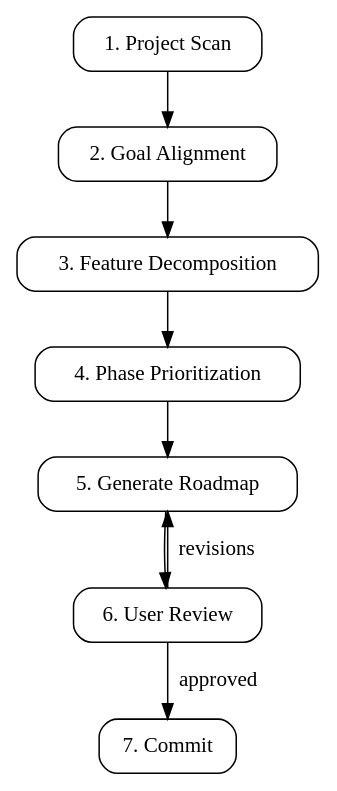
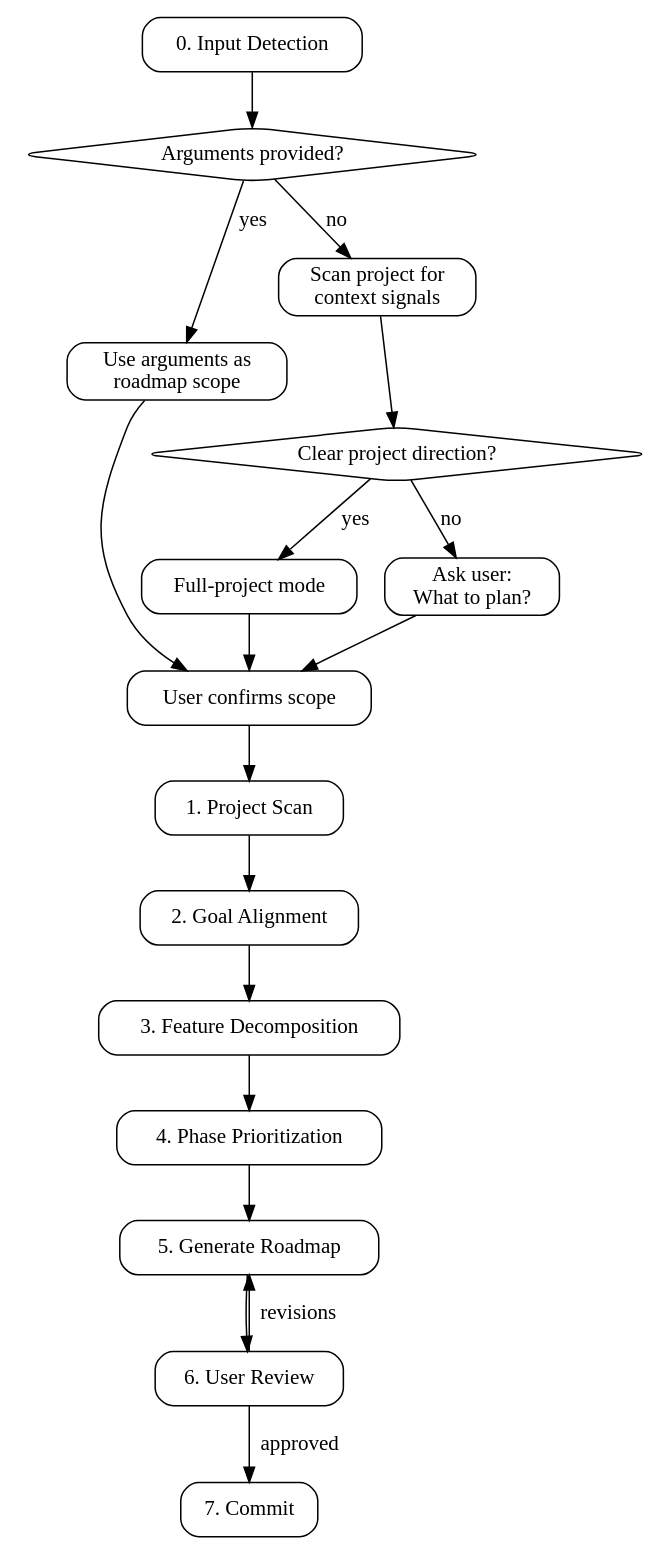
One commit to litecore-ai/ddd-coding-skills changed the diagram in skills/ddd-roadmap/SKILL.md. Above: the diagram before and after it, drawn with Graphviz. The commit also changed other lines of this file, not shown here.

First line of the commit message:
feat: support scoped and interactive modes in ddd-roadmap skill

````diff
--- a/skills/ddd-roadmap/SKILL.md
+++ b/skills/ddd-roadmap/SKILL.md
@@ -12,18 +22,35 @@
 ```dot
 digraph roadmap_flow {
   rankdir=TB;
   node [shape=box, style=rounded];
 
+  input [label="0. Input Detection"];
+  has_args [label="Arguments provided?" shape=diamond];
+  use_scope [label="Use arguments as\nroadmap scope"];
+  detect_project [label="Scan project for\ncontext signals"];
+  has_context [label="Clear project direction?" shape=diamond];
+  full_project [label="Full-project mode"];
+  ask_user [label="Ask user:\nWhat to plan?"];
+  confirm [label="User confirms scope"];
   scan [label="1. Project Scan"];
   align [label="2. Goal Alignment"];
   decompose [label="3. Feature Decomposition"];
   prioritize [label="4. Phase Prioritization"];
   generate [label="5. Generate Roadmap"];
   review [label="6. User Review"];
   commit [label="7. Commit"];
 
-  scan -> align -> decompose -> prioritize -> generate -> review;
+  input -> has_args;
+  has_args -> use_scope [label="yes"];
+  has_args -> detect_project [label="no"];
+  detect_project -> has_context;
+  has_context -> full_project [label="yes"];
+  has_context -> ask_user [label="no"];
+  use_scope -> confirm;
+  full_project -> confirm;
+  ask_user -> confirm;
+  confirm -> scan -> align -> decompose -> prioritize -> generate -> review;
   review -> generate [label="revisions"];
   review -> commit [label="approved"];
 }
 ```
````
